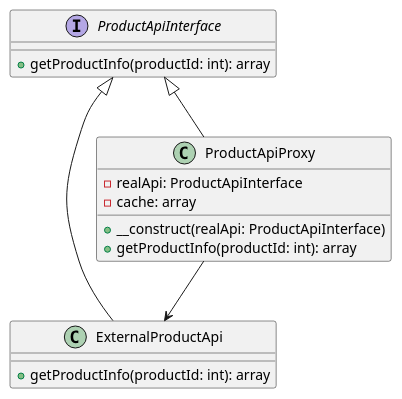
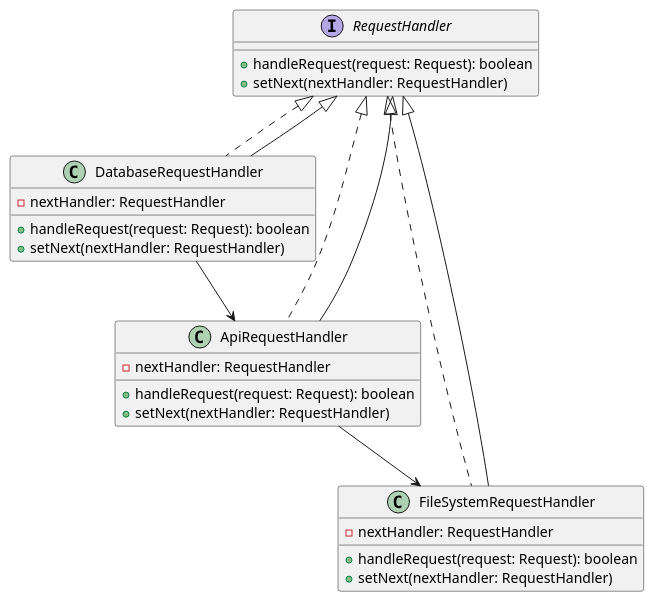
The diagram in klassifikaciya-patternov/povedencheskie-patterny-behavioral-patterns/cepochka-obyazannostei-chain-of-responsibility/primery/marshrutizaciya-zaprosov-v-mikroservisnoi-arkhitekture/php.md (andrewovchinnikov/design-patterns), drawn with PlantUML before and after one commit. The commit also changed other lines of this file and 105 other files, not shown here.

````diff
--- a/klassifikaciya-patternov/povedencheskie-patterny-behavioral-patterns/cepochka-obyazannostei-chain-of-responsibility/primery/marshrutizaciya-zaprosov-v-mikroservisnoi-arkhitekture/php.md
+++ b/klassifikaciya-patternov/povedencheskie-patterny-behavioral-patterns/cepochka-obyazannostei-chain-of-responsibility/primery/marshrutizaciya-zaprosov-v-mikroservisnoi-arkhitekture/php.md
@@ -98,23 +14,32 @@
 ```plantuml
 @startuml
-interface ProductApiInterface {
-    +getProductInfo(productId: int): array
+interface RequestHandler {
+    +handleRequest(request: Request): boolean
+    +setNext(nextHandler: RequestHandler)
 }
 
-class ExternalProductApi {
-    +getProductInfo(productId: int): array
+class DatabaseRequestHandler implements RequestHandler {
+    -nextHandler: RequestHandler
+    +handleRequest(request: Request): boolean
+    +setNext(nextHandler: RequestHandler)
 }
 
-class ProductApiProxy {
-    -realApi: ProductApiInterface
-    -cache: array
-    +__construct(realApi: ProductApiInterface)
-    +getProductInfo(productId: int): array
+class ApiRequestHandler implements RequestHandler {
+    -nextHandler: RequestHandler
+    +handleRequest(request: Request): boolean
+    +setNext(nextHandler: RequestHandler)
 }
 
-ProductApiInterface <|-- ExternalProductApi
-ProductApiInterface <|-- ProductApiProxy
-ProductApiProxy --> ExternalProductApi
+class FileSystemRequestHandler implements RequestHandler {
+    -nextHandler: RequestHandler
+    +handleRequest(request: Request): boolean
+    +setNext(nextHandler: RequestHandler)
+}
 
+RequestHandler <|-- DatabaseRequestHandler
+RequestHandler <|-- ApiRequestHandler
+RequestHandler <|-- FileSystemRequestHandler
+DatabaseRequestHandler --> ApiRequestHandler
+ApiRequestHandler --> FileSystemRequestHandler
 @enduml
 ```
````
